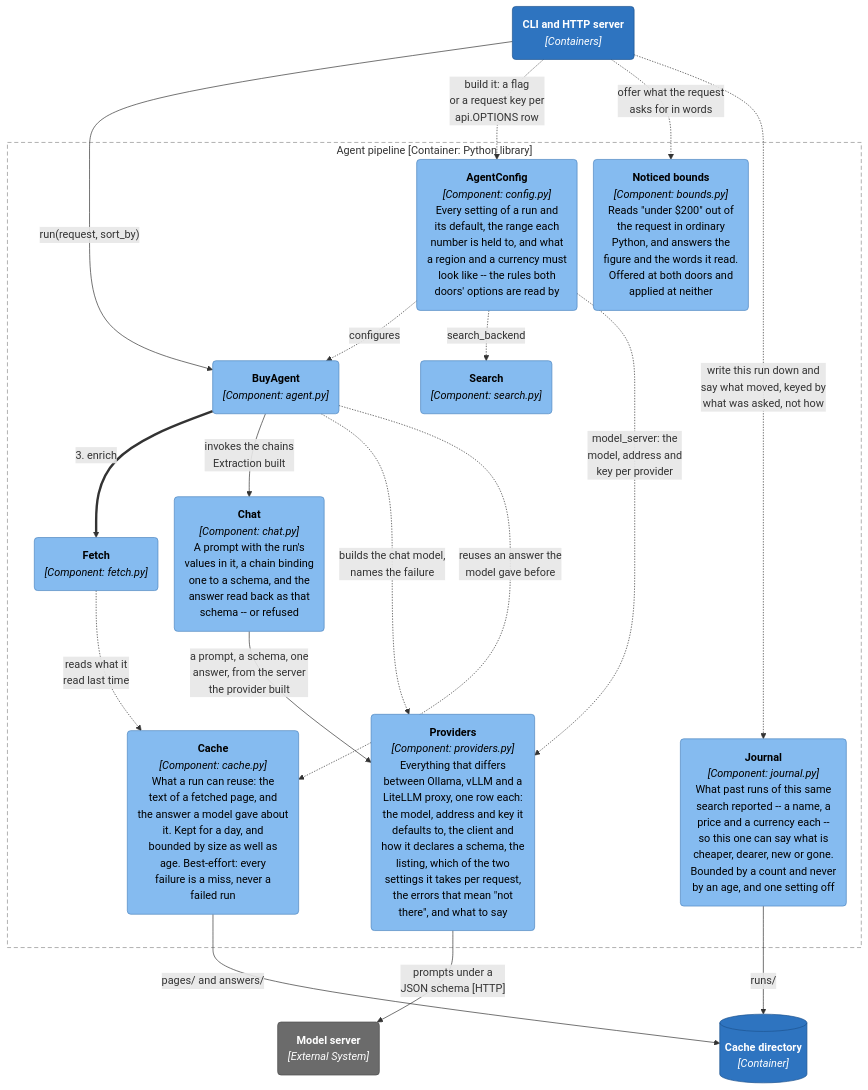
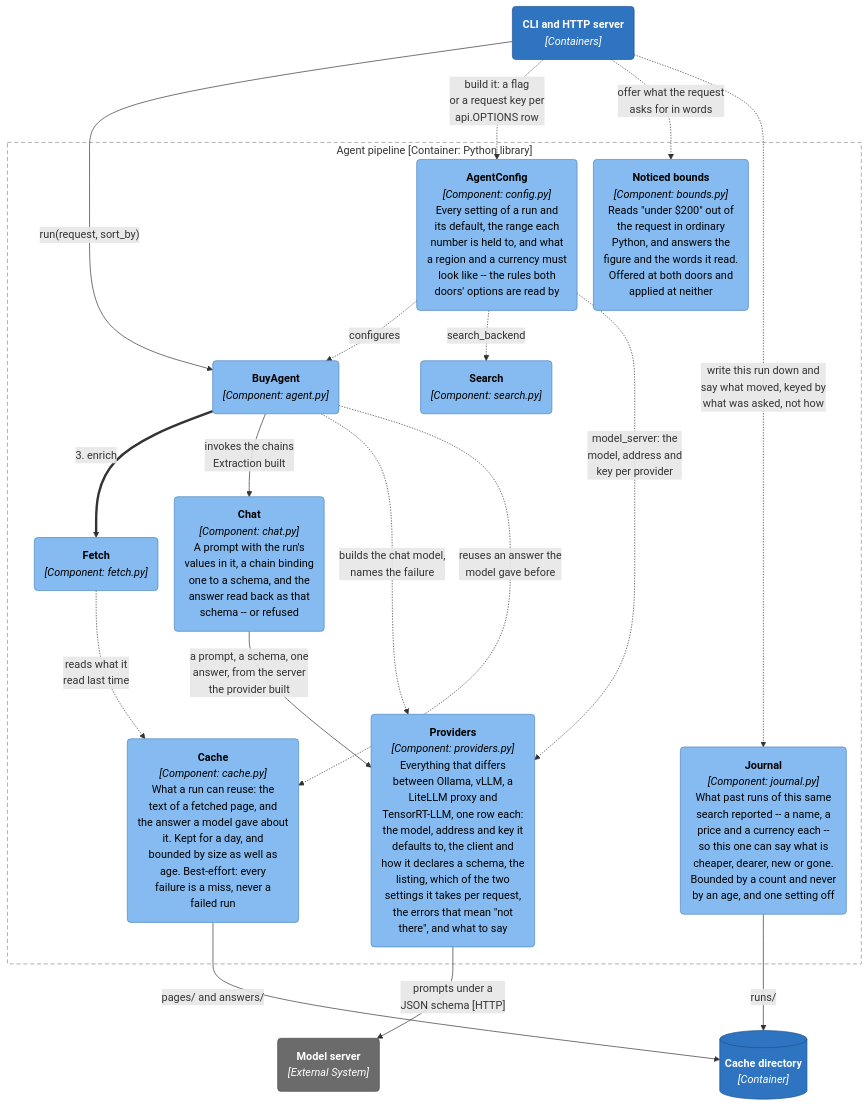
The sixth of 11 diagrams in docs/architecture.md (adamw7/buy_agent), drawn with Mermaid before and after one commit. The commit also changed other lines of this file and 2 other files, not shown here.

First line of the commit message:
Docs: say the benchmark and test commands once, name TensorRT-LLM in C4 (#310)

````diff
--- a/docs/architecture.md
+++ b/docs/architecture.md
@@ -316,52 +316,52 @@
 ```mermaid
 ---
 config:
   flowchart:
     wrappingWidth: 400
     nodeSpacing: 24
     rankSpacing: 50
 ---
 graph TB
     doors("<b>CLI and HTTP server</b><br/><i>[Containers]</i>")
 
     subgraph pipeline["Agent pipeline [Container: Python library]"]
         config("<b>AgentConfig</b><br/><i>[Component: config.py]</i><br/>Every setting of a run and<br/>its default, the range each<br/>number is held to, and what<br/>a region and a currency must<br/>look like -- the rules both<br/>doors' options are read by")
         boundsc("<b>Noticed bounds</b><br/><i>[Component: bounds.py]</i><br/>Reads &quot;under $200&quot; out of<br/>the request in ordinary<br/>Python, and answers the<br/>figure and the words it read.<br/>Offered at both doors and<br/>applied at neither")
         agent("<b>BuyAgent</b><br/><i>[Component: agent.py]</i>")
         search("<b>Search</b><br/><i>[Component: search.py]</i>")
         fetch("<b>Fetch</b><br/><i>[Component: fetch.py]</i>")
         chat("<b>Chat</b><br/><i>[Component: chat.py]</i><br/>A prompt with the run's<br/>values in it, a chain binding<br/>one to a schema, and the<br/>answer read back as that<br/>schema -- or refused")
         journal("<b>Journal</b><br/><i>[Component: journal.py]</i><br/>What past runs of this same<br/>search reported -- a name, a<br/>price and a currency each --<br/>so this one can say what is<br/>cheaper, dearer, new or gone.<br/>Bounded by a count and never<br/>by an age, and one setting off")
-        providers("<b>Providers</b><br/><i>[Component: providers.py]</i><br/>Everything that differs<br/>between Ollama, vLLM and a<br/>LiteLLM proxy, one row each:<br/>the model, address and key it<br/>defaults to, the client and<br/>how it declares a schema, the<br/>listing, which of the two<br/>settings it takes per request,<br/>the errors that mean &quot;not<br/>there&quot;, and what to say")
+        providers("<b>Providers</b><br/><i>[Component: providers.py]</i><br/>Everything that differs<br/>between Ollama, vLLM, a<br/>LiteLLM proxy and<br/>TensorRT-LLM, one row each:<br/>the model, address and key it<br/>defaults to, the client and<br/>how it declares a schema, the<br/>listing, which of the two<br/>settings it takes per request,<br/>the errors that mean &quot;not<br/>there&quot;, and what to say")
         cache("<b>Cache</b><br/><i>[Component: cache.py]</i><br/>What a run can reuse: the<br/>text of a fetched page, and<br/>the answer a model gave about<br/>it. Kept for a day, and<br/>bounded by size as well as<br/>age. Best-effort: every<br/>failure is a miss, never a<br/>failed run")
     end
 
     ollama("<b>Model server</b><br/><i>[External System]</i>")
     store[("<b>Cache directory</b><br/><i>[Container]</i>")]
 
     doors -->|"run(request, sort_by)"| agent
     doors -.->|"build it: a flag<br/>or a request key per<br/>api.OPTIONS row"| config
     doors -.->|"offer what the request<br/>asks for in words"| boundsc
     doors -.->|"write this run down and<br/>say what moved, keyed by<br/>what was asked, not how"| journal
     config -.->|"configures"| agent
     config -.->|"search_backend"| search
     config -.->|"model_server: the<br/>model, address and<br/>key per provider"| providers
     agent ==>|"3. enrich"| fetch
     agent -->|"invokes the chains<br/>Extraction built"| chat
     agent -.->|"builds the chat model,<br/>names the failure"| providers
     agent -.->|"reuses an answer the<br/>model gave before"| cache
     chat -->|"a prompt, a schema, one<br/>answer, from the server<br/>the provider built"| providers
     fetch -.->|"reads what it<br/>read last time"| cache
     providers -->|"prompts under a<br/>JSON schema [HTTP]"| ollama
     cache -->|"pages/ and answers/"| store
     journal -->|"runs/"| store
 
     classDef person fill:#08427b,stroke:#052e56,color:#fff
     classDef container fill:#2e74c0,stroke:#1d5390,color:#fff
     classDef component fill:#85bbf0,stroke:#4f86c0,color:#000
     classDef external fill:#6b6b6b,stroke:#4d4d4d,color:#fff
     class doors,store container
     class config,boundsc,agent,search,fetch,chat,journal,providers,cache component
     class ollama external
     style pipeline fill:none,stroke:#8c8c8c,stroke-width:1px,stroke-dasharray:6 4
 ```
````
